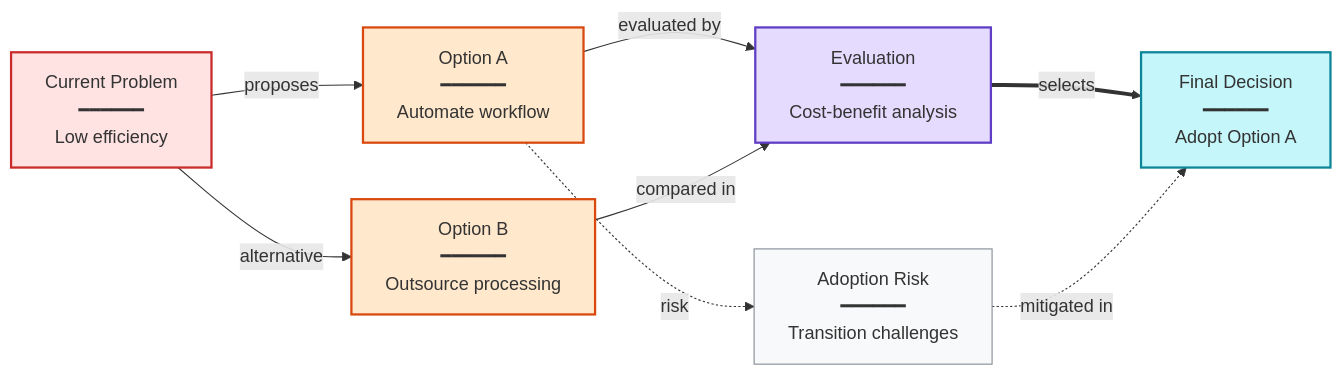
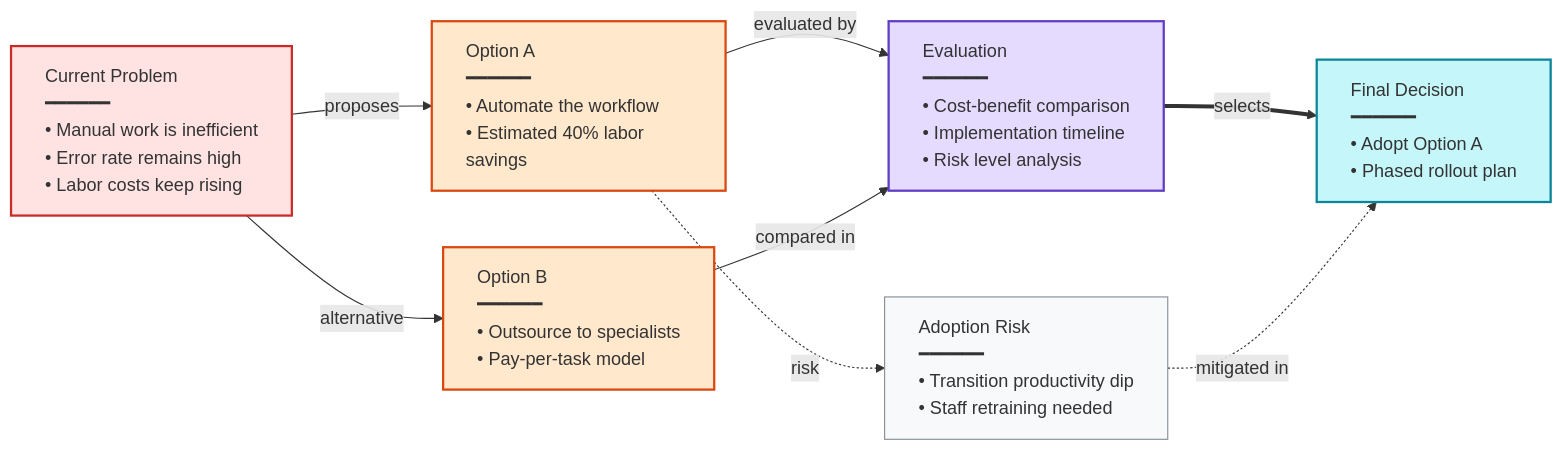
The second of 2 diagrams in prompts/builtin/mermaid-en.md (kouko/youtube-summarize-scraper), drawn with Mermaid before and after one commit. The commit also changed other lines of this file and 2 other files, not shown here.

First line of the commit message:
feat: mermaid bullet list nodes, left-align, and layout improvements (#36)

````diff
--- a/prompts/builtin/mermaid-en.md
+++ b/prompts/builtin/mermaid-en.md
@@ -60,16 +61,16 @@
 ```mermaid
 graph LR
-H["Current Problem<br/>━━━━━━<br/>Low efficiency"] -->|proposes| I["Option A<br/>━━━━━━<br/>Automate workflow"]
-H -->|alternative| J["Option B<br/>━━━━━━<br/>Outsource processing"]
-I -->|evaluated by| K["Evaluation<br/>━━━━━━<br/>Cost-benefit analysis"]
+H["<div style='text-align:left'>Current Problem<br/>━━━━━━<br/>• Manual work is inefficient<br/>• Error rate remains high<br/>• Labor costs keep rising</div>"] -->|proposes| I["<div style='text-align:left'>Option A<br/>━━━━━━<br/>• Automate the workflow<br/>• Estimated 40% labor savings</div>"]
+H -->|alternative| J["<div style='text-align:left'>Option B<br/>━━━━━━<br/>• Outsource to specialists<br/>• Pay-per-task model</div>"]
+I -->|evaluated by| K["<div style='text-align:left'>Evaluation<br/>━━━━━━<br/>• Cost-benefit comparison<br/>• Implementation timeline<br/>• Risk level analysis</div>"]
 J -->|compared in| K
-K ==>|selects| L["Final Decision<br/>━━━━━━<br/>Adopt Option A"]
-I -.->|risk| M["Adoption Risk<br/>━━━━━━<br/>Transition challenges"]
+K ==>|selects| L["<div style='text-align:left'>Final Decision<br/>━━━━━━<br/>• Adopt Option A<br/>• Phased rollout plan</div>"]
+I -.->|risk| M["<div style='text-align:left'>Adoption Risk<br/>━━━━━━<br/>• Transition productivity dip<br/>• Staff retraining needed</div>"]
 M -.->|mitigated in| L
 style H fill:#ffe3e3,stroke:#c92a2a,stroke-width:2px
 style I fill:#ffe8cc,stroke:#d9480f,stroke-width:2px
 style J fill:#ffe8cc,stroke:#d9480f,stroke-width:2px
 style K fill:#e5dbff,stroke:#5f3dc4,stroke-width:2px
 style L fill:#c5f6fa,stroke:#0c8599,stroke-width:2px
 style M fill:#f8f9fa,stroke:#868e96,stroke-width:1px
 ```
````
